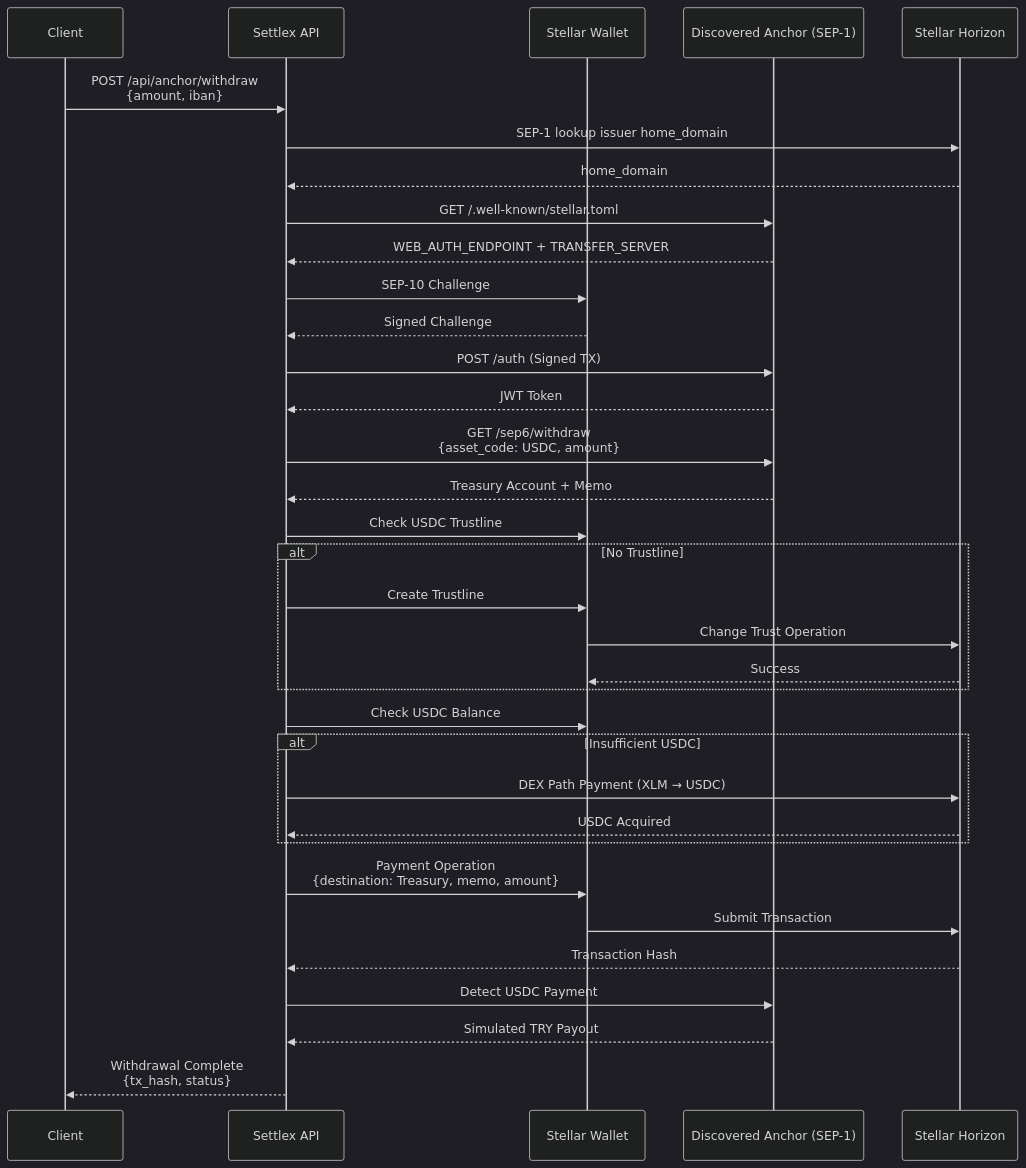
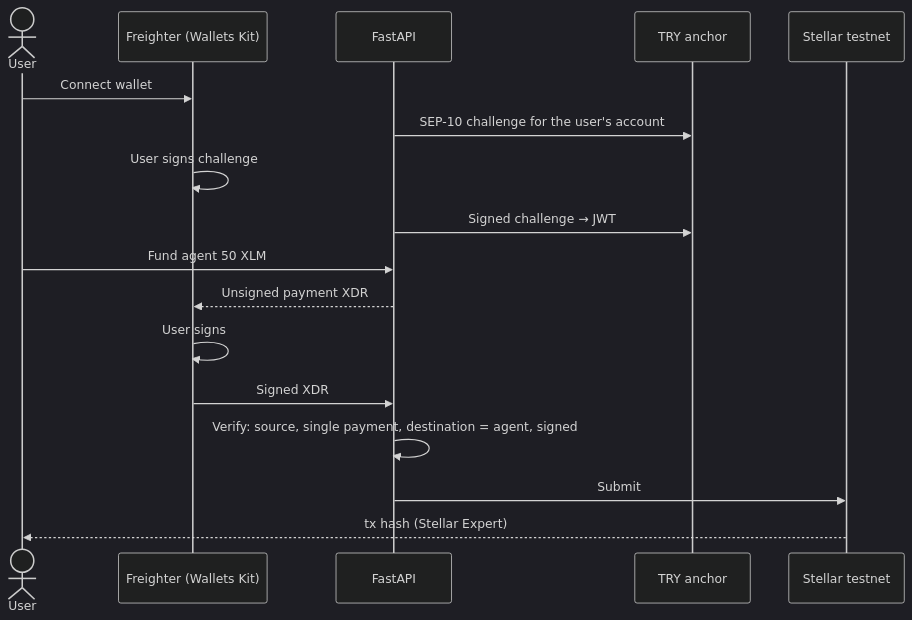
One commit to musa-ok/settlex-stellar-hackathon changed the fifth of 5 diagrams in README.md. Above: the diagram before and after it, drawn with Mermaid (dark theme). The commit also changed other lines of this file, not shown here.

````diff
--- a/README.md
+++ b/README.md
@@ -206,42 +288,20 @@
 ```mermaid
 sequenceDiagram
-    participant Client as Client
-    participant API as Settlex API
-    participant Wallet as Stellar Wallet
-    participant Anchor as Discovered Anchor (SEP-1)
-    participant Horizon as Stellar Horizon
-    
-    Client->>API: POST /api/anchor/withdraw<br/>{amount, iban}
-    API->>Horizon: SEP-1 lookup issuer home_domain
-    Horizon-->>API: home_domain
-    API->>Anchor: GET /.well-known/stellar.toml
-    Anchor-->>API: WEB_AUTH_ENDPOINT + TRANSFER_SERVER
-    API->>Wallet: SEP-10 Challenge
-    Wallet-->>API: Signed Challenge
-    API->>Anchor: POST /auth (Signed TX)
-    Anchor-->>API: JWT Token
-    
-    API->>Anchor: GET /sep6/withdraw<br/>{asset_code: USDC, amount}
-    Anchor-->>API: Treasury Account + Memo
-    
-    API->>Wallet: Check USDC Trustline
-    alt No Trustline
-        API->>Wallet: Create Trustline
-        Wallet->>Horizon: Change Trust Operation
-        Horizon-->>Wallet: Success
-    end
-    
-    API->>Wallet: Check USDC Balance
-    alt Insufficient USDC
-        API->>Horizon: DEX Path Payment (XLM → USDC)
-        Horizon-->>API: USDC Acquired
-    end
-    
-    API->>Wallet: Payment Operation<br/>{destination: Treasury, memo, amount}
-    Wallet->>Horizon: Submit Transaction
-    Horizon-->>API: Transaction Hash
-    
-    API->>Anchor: Detect USDC Payment
-    Anchor-->>API: Simulated TRY Payout
-    API-->>Client: Withdrawal Complete<br/>{tx_hash, status}
+    actor User
+    participant W as Freighter (Wallets Kit)
+    participant API as FastAPI
+    participant A as TRY anchor
+    participant S as Stellar testnet
+
+    User->>W: Connect wallet
+    API->>A: SEP-10 challenge for the user's account
+    W->>W: User signs challenge
+    API->>A: Signed challenge → JWT
+    User->>API: Fund agent 50 XLM
+    API-->>W: Unsigned payment XDR
+    W->>W: User signs
+    W->>API: Signed XDR
+    API->>API: Verify: source, single payment, destination = agent, signed
+    API->>S: Submit
+    S-->>User: tx hash (Stellar Expert)
 ```
````
